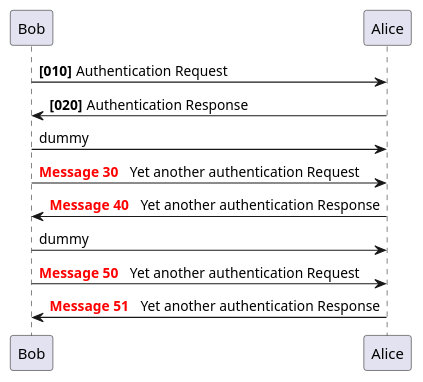
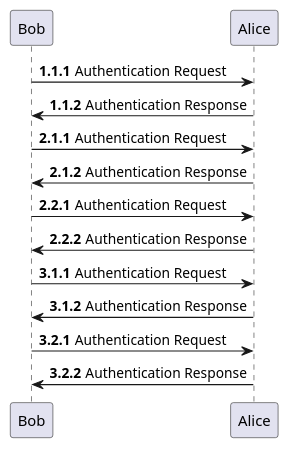
One commit to zettakim/PlantUML_Learn changed the diagram in 1_Sequence Diagram/1.9.3_Message sequence numbering.puml. Above: the diagram before and after it, drawn with PlantUML. The commit also changed 3 other files, not shown here.

```diff
--- a/1_Sequence Diagram/1.9.3_Message sequence numbering.puml
+++ b/1_Sequence Diagram/1.9.3_Message sequence numbering.puml
@@ -1,19 +1,21 @@
 @startuml
-autonumber 10 10 "<b>[000]"
+autonumber 1.1.1
 Bob -> Alice : Authentication Request
 Bob <- Alice : Authentication Response
 
-autonumber stop
-Bob -> Alice : dummy
+autonumber inc A
+Bob -> Alice : Authentication Request
+Bob <- Alice : Authentication Response
 
-autonumber resume "<font color=red><b>Message 0  "
-Bob -> Alice : Yet another authentication Request
-Bob <- Alice : Yet another authentication Response
+autonumber inc B
+Bob -> Alice : Authentication Request
+Bob <- Alice : Authentication Response
 
-autonumber stop
-Bob -> Alice : dummy
+autonumber inc A
+Bob -> Alice : Authentication Request
+Bob <- Alice : Authentication Response
 
-autonumber resume 1 "<font color=red><b>Message 0  "
-Bob -> Alice : Yet another authentication Request
-Bob <- Alice : Yet another authentication Response
+autonumber inc B
+Bob -> Alice : Authentication Request
+Bob <- Alice : Authentication Response
 @enduml
```
